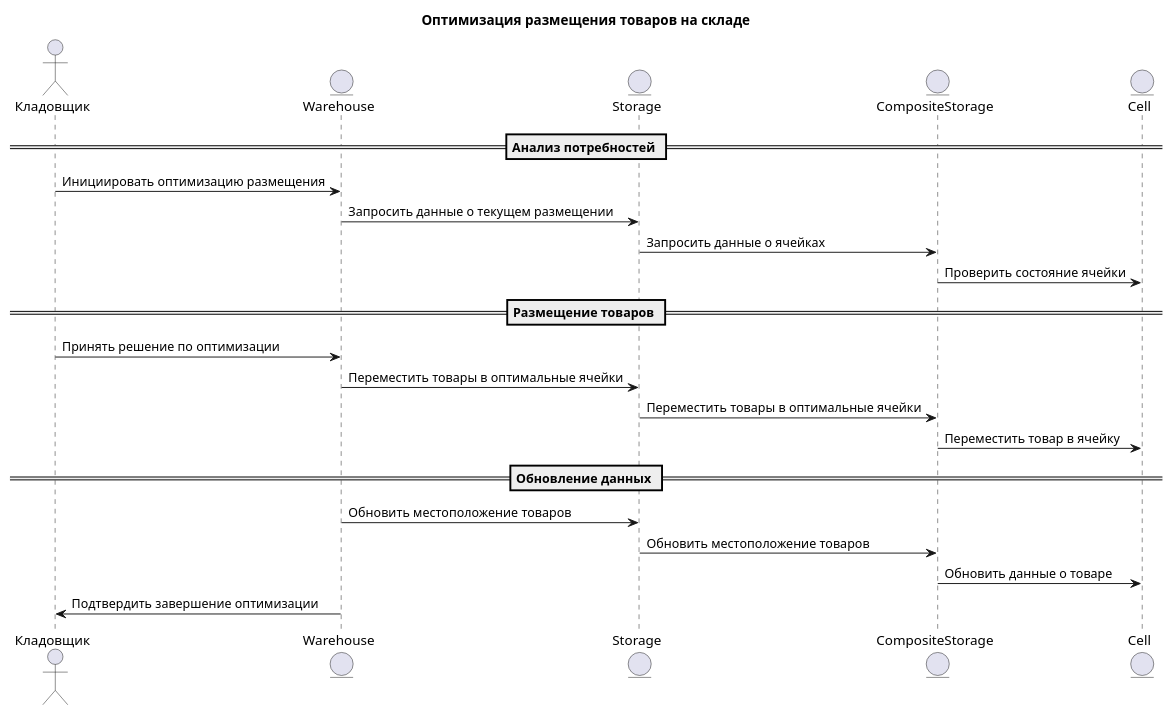
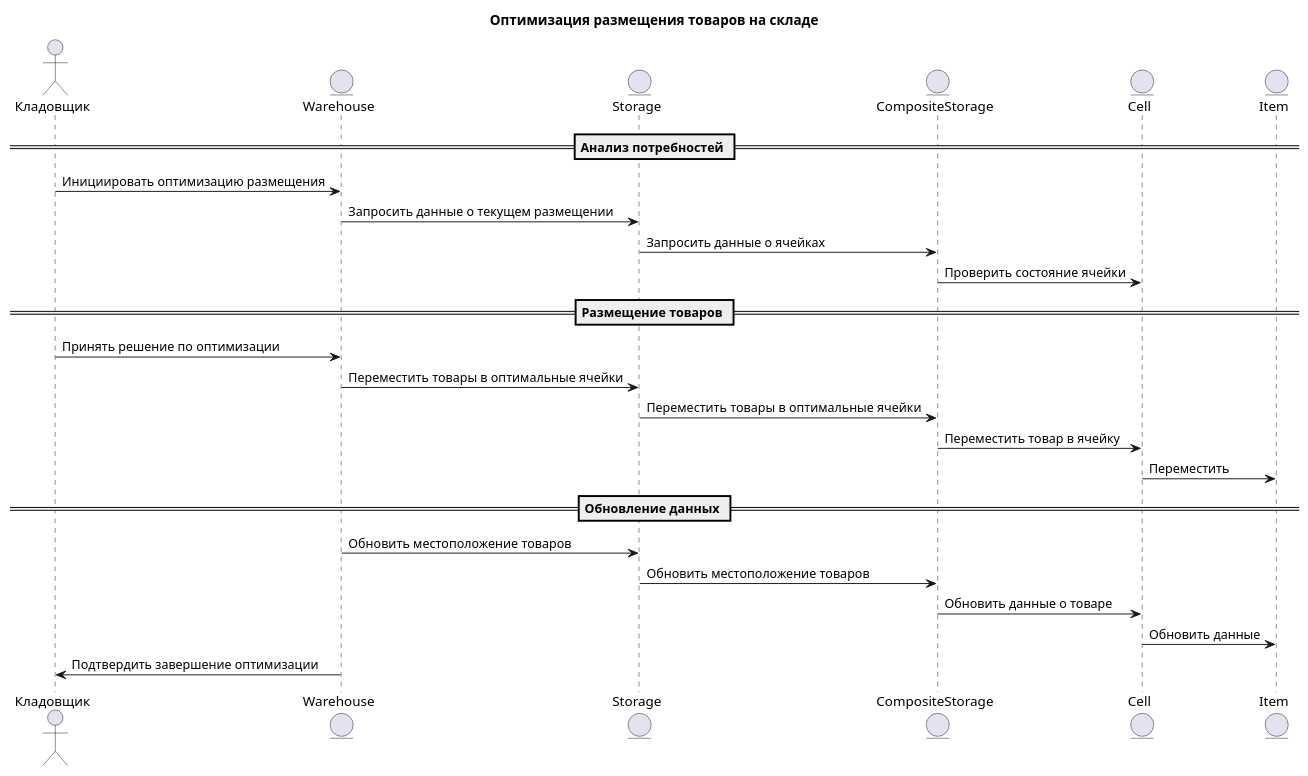
One commit to penamarth/bsbo-14-22_team5_var6 changed the diagram in Precedents/Оптимизация размещений/Диаграмма последовательности.md. Above: the diagram before and after it, drawn with PlantUML.

Commit message:
Optimization: add Item

````diff
--- a/Precedents/Оптимизация размещений/Диаграмма последовательности.md
+++ b/Precedents/Оптимизация размещений/Диаграмма последовательности.md
@@ -1,30 +1,33 @@
 ```plantuml
 @startuml
 actor "Кладовщик" as warehouseManager
 entity "Warehouse" as warehouse
 entity "Storage" as storage
 entity "CompositeStorage" as compositeStorage
 entity "Cell" as cell
+entity "Item" as item
 
 title Оптимизация размещения товаров на складе
 
 == Анализ потребностей ==
 warehouseManager -> warehouse: Инициировать оптимизацию размещения
 warehouse -> storage: Запросить данные о текущем размещении
 storage -> compositeStorage: Запросить данные о ячейках
 compositeStorage -> cell: Проверить состояние ячейки
 
 == Размещение товаров ==
 warehouseManager -> warehouse: Принять решение по оптимизации
 warehouse -> storage: Переместить товары в оптимальные ячейки
 storage -> compositeStorage: Переместить товары в оптимальные ячейки
 compositeStorage -> cell: Переместить товар в ячейку
+cell -> item: Переместить
 
 == Обновление данных ==
 warehouse -> storage: Обновить местоположение товаров
 storage -> compositeStorage: Обновить местоположение товаров
 compositeStorage -> cell: Обновить данные о товаре
+cell -> item: Обновить данные
 warehouse -> warehouseManager: Подтвердить завершение оптимизации
 
 @enduml
 ```
````
